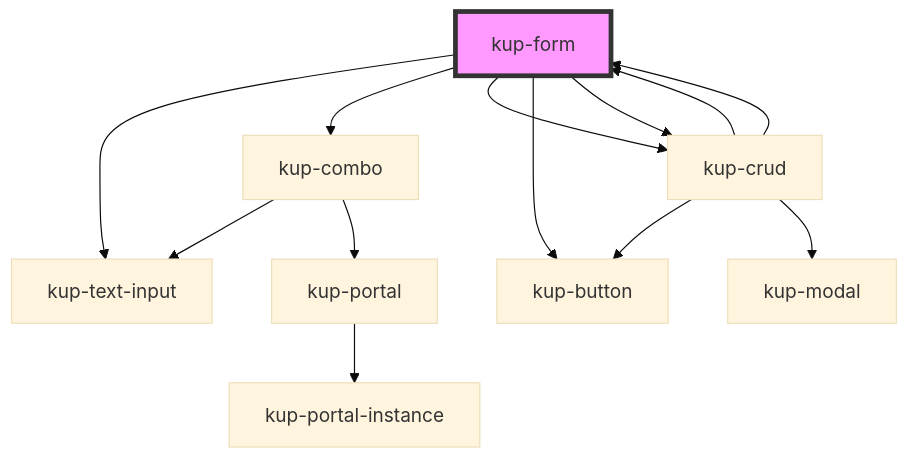
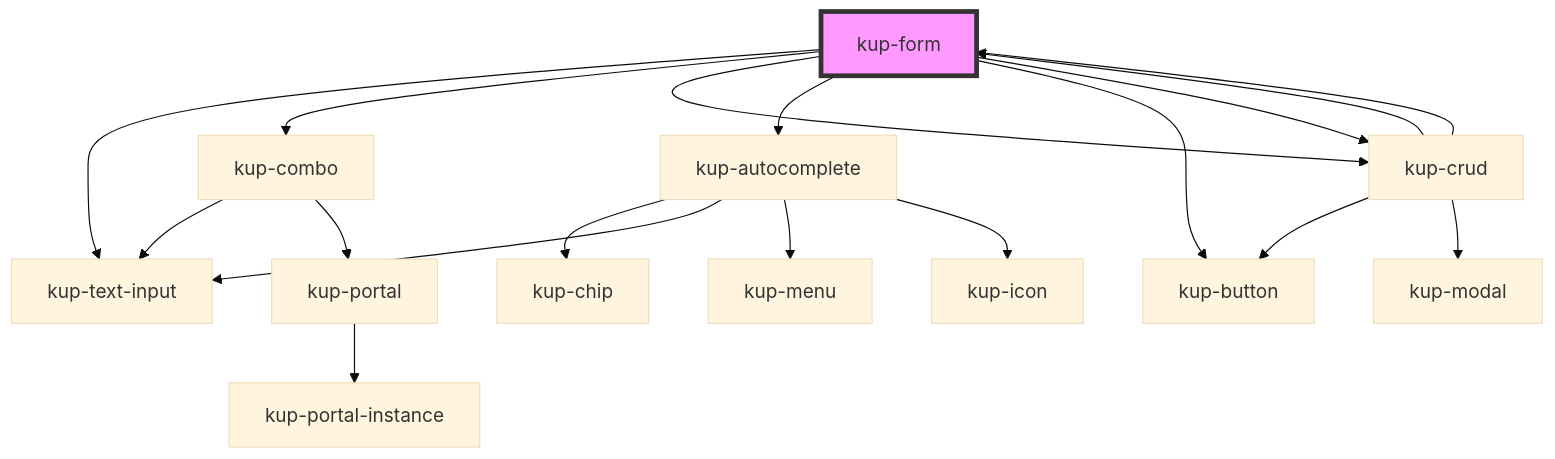
The diagram in packages/ketchup/src/components/kup-form/readme.md (smeup/ketchup), drawn with Mermaid (base theme) before and after one commit. The commit also changed other lines of this file and 10 other files, not shown here.

Commit message:
kup form: autocomplete

````diff
--- a/packages/ketchup/src/components/kup-form/readme.md
+++ b/packages/ketchup/src/components/kup-form/readme.md
@@ -96,16 +98,21 @@
 ```mermaid
 graph TD;
   kup-form --> kup-text-input
   kup-form --> kup-combo
   kup-form --> kup-crud
+  kup-form --> kup-autocomplete
   kup-form --> kup-button
   kup-form --> kup-crud
   kup-combo --> kup-text-input
   kup-combo --> kup-portal
   kup-portal --> kup-portal-instance
   kup-crud --> kup-button
   kup-crud --> kup-modal
   kup-crud --> kup-form
   kup-crud --> kup-form
+  kup-autocomplete --> kup-chip
+  kup-autocomplete --> kup-text-input
+  kup-autocomplete --> kup-menu
+  kup-autocomplete --> kup-icon
   style kup-form fill:#f9f,stroke:#333,stroke-width:4px
 ```
````
